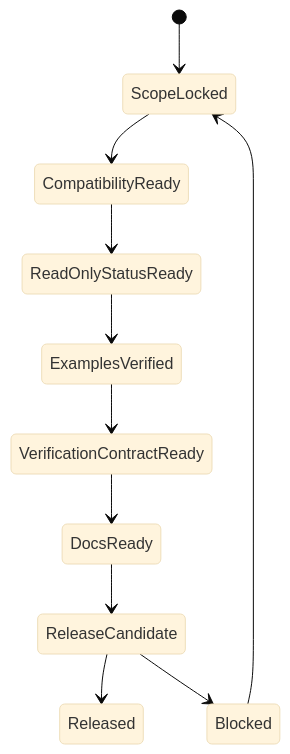
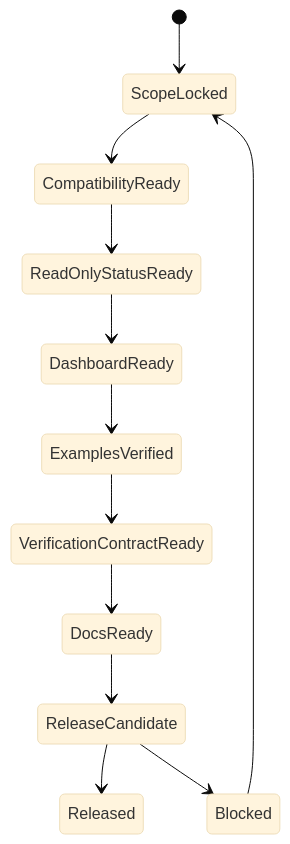
The diagram in docs-release/release/v1.0-document-kernel-plan.md (FairladyZ625/coding-agent-harness), drawn with Mermaid (base theme) before and after one commit. The commit also changed other lines of this file and 1 other file, not shown here.

Commit message:
include basic v1.0 dashboard scope

````diff
--- a/docs-release/release/v1.0-document-kernel-plan.md
+++ b/docs-release/release/v1.0-document-kernel-plan.md
@@ -8,13 +8,14 @@
 ```mermaid
 stateDiagram-v2
   [*] --> ScopeLocked
   ScopeLocked --> CompatibilityReady
   CompatibilityReady --> ReadOnlyStatusReady
-  ReadOnlyStatusReady --> ExamplesVerified
+  ReadOnlyStatusReady --> DashboardReady
+  DashboardReady --> ExamplesVerified
   ExamplesVerified --> VerificationContractReady
   VerificationContractReady --> DocsReady
   DocsReady --> ReleaseCandidate
   ReleaseCandidate --> Released
   ReleaseCandidate --> Blocked
   Blocked --> ScopeLocked
 ```
````
